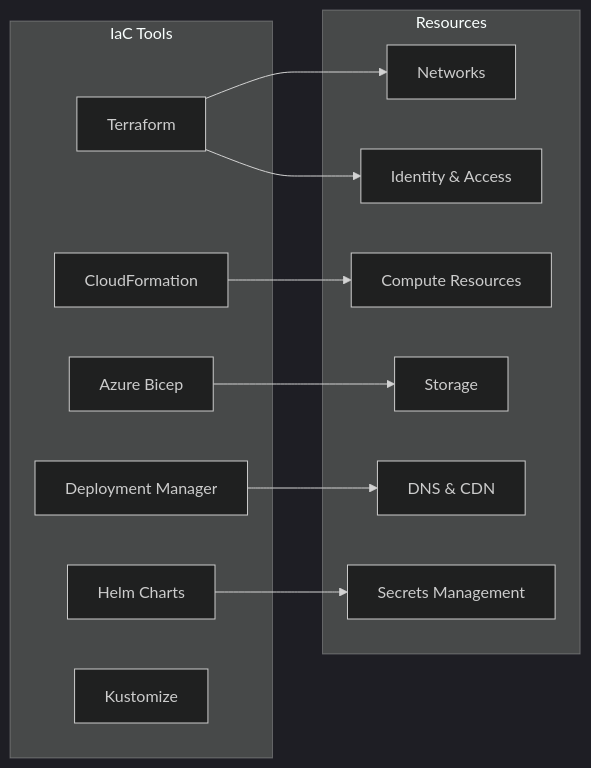
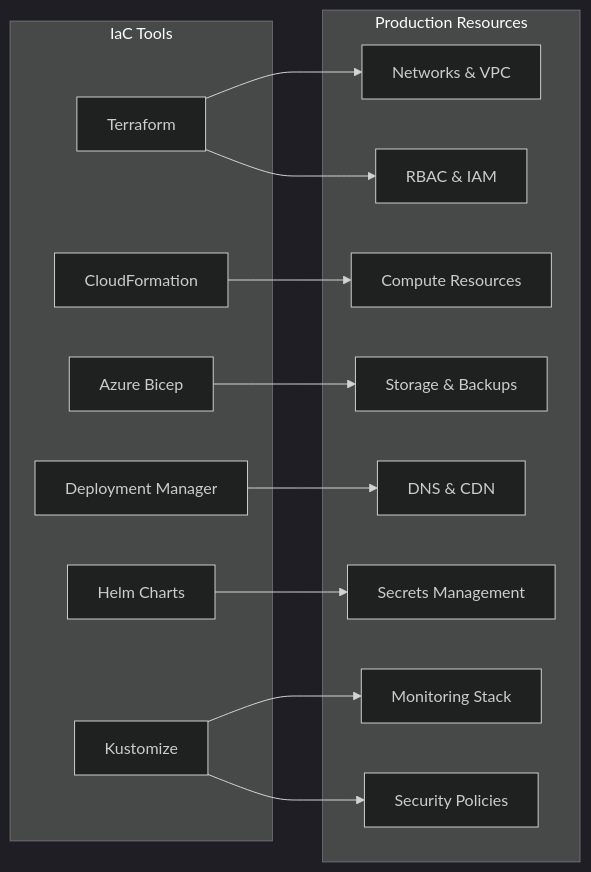
One commit to sisterai/estate-assistant-system changed diagram 17 of 29 in ARCHITECTURE.md. Above: the diagram before and after it, drawn with Mermaid (dark theme). The commit also changed other lines of this file and 36 other files, not shown here.

````diff
--- a/ARCHITECTURE.md
+++ b/ARCHITECTURE.md
@@ -600,27 +681,31 @@
 ```mermaid
 graph LR
   subgraph "IaC Tools"
     TF[Terraform]
     CF[CloudFormation]
     Bicep[Azure Bicep]
     DM[Deployment Manager]
     Helm[Helm Charts]
     Kustomize[Kustomize]
   end
 
-  subgraph "Resources"
-    VPC[Networks]
-    IAM[Identity & Access]
+  subgraph "Production Resources"
+    VPC[Networks & VPC]
+    IAM[RBAC & IAM]
     Compute[Compute Resources]
-    Storage[Storage]
+    Storage[Storage & Backups]
     DNS[DNS & CDN]
     Secrets[Secrets Management]
+    Monitor[Monitoring Stack]
+    Security[Security Policies]
   end
 
   TF --> VPC
   TF --> IAM
   CF --> Compute
   Bicep --> Storage
   DM --> DNS
   Helm --> Secrets
+  Kustomize --> Monitor
+  Kustomize --> Security
 ```
````
